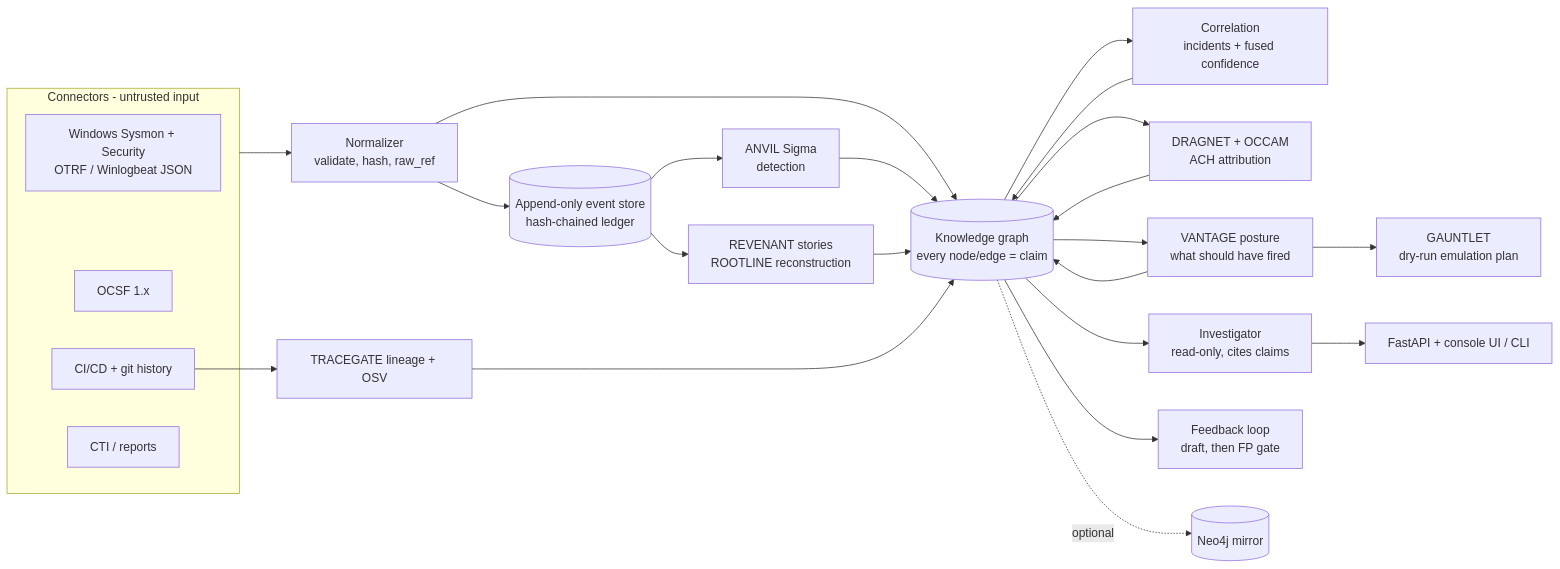
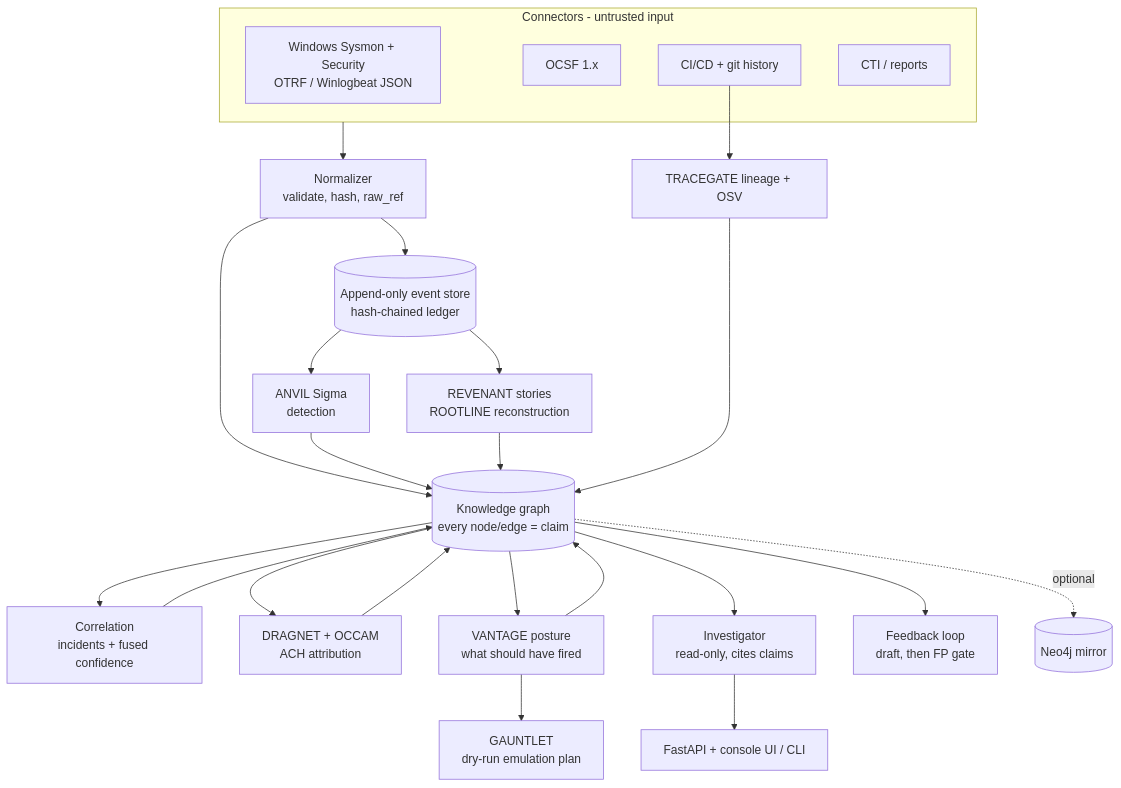
One commit to rakshit-737/throughline changed the first of 2 diagrams in docs/architecture.md. Above: the diagram before and after it, drawn with Mermaid. The commit also changed other lines of this file and 14 other files, not shown here.

````diff
--- a/docs/architecture.md
+++ b/docs/architecture.md
@@ -4,28 +4,28 @@
 ```mermaid
-flowchart LR
+flowchart TB
   subgraph IN["Connectors - untrusted input"]
     W["Windows Sysmon + Security<br/>OTRF / Winlogbeat JSON"]
     O["OCSF 1.x"]
     C["CI/CD + git history"]
     T["CTI / reports"]
   end
   IN --> N["Normalizer<br/>validate, hash, raw_ref"]
   N --> ES[("Append-only event store<br/>hash-chained ledger")]
   N --> KG[("Knowledge graph<br/>every node/edge = claim")]
   ES --> DET["ANVIL Sigma<br/>detection"]
   ES --> PROV["REVENANT stories<br/>ROOTLINE reconstruction"]
   DET --> KG
   PROV --> KG
   KG --> COR["Correlation<br/>incidents + fused confidence"]
   COR --> KG
   KG --> INT["DRAGNET + OCCAM<br/>ACH attribution"]
   KG --> POS["VANTAGE posture<br/>what should have fired"]
   POS --> SIM["GAUNTLET<br/>dry-run emulation plan"]
   INT --> KG
   POS --> KG
   C --> SC["TRACEGATE lineage + OSV"] --> KG
   KG --> INV["Investigator<br/>read-only, cites claims"]
   KG --> LOOP["Feedback loop<br/>draft, then FP gate"]
   INV --> API["FastAPI + console UI / CLI"]
   KG -.optional.-> NEO[("Neo4j mirror")]
 ```
````
